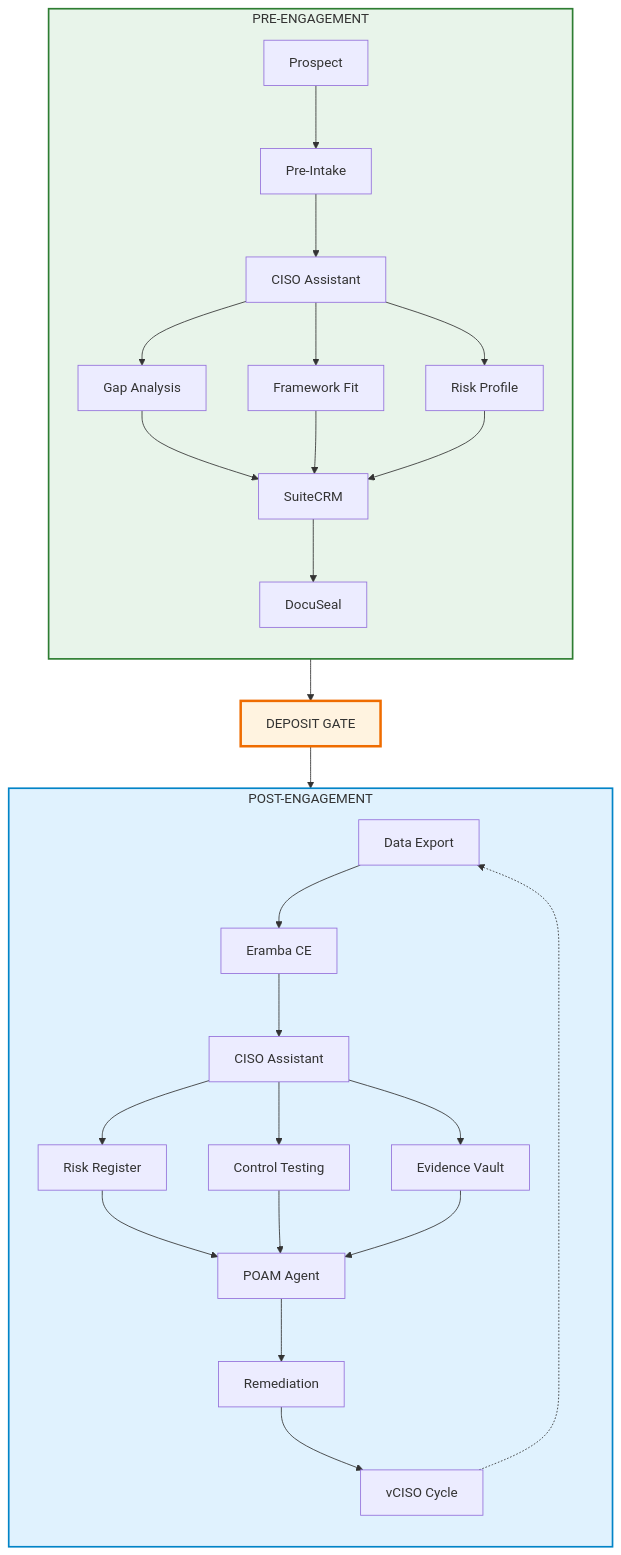
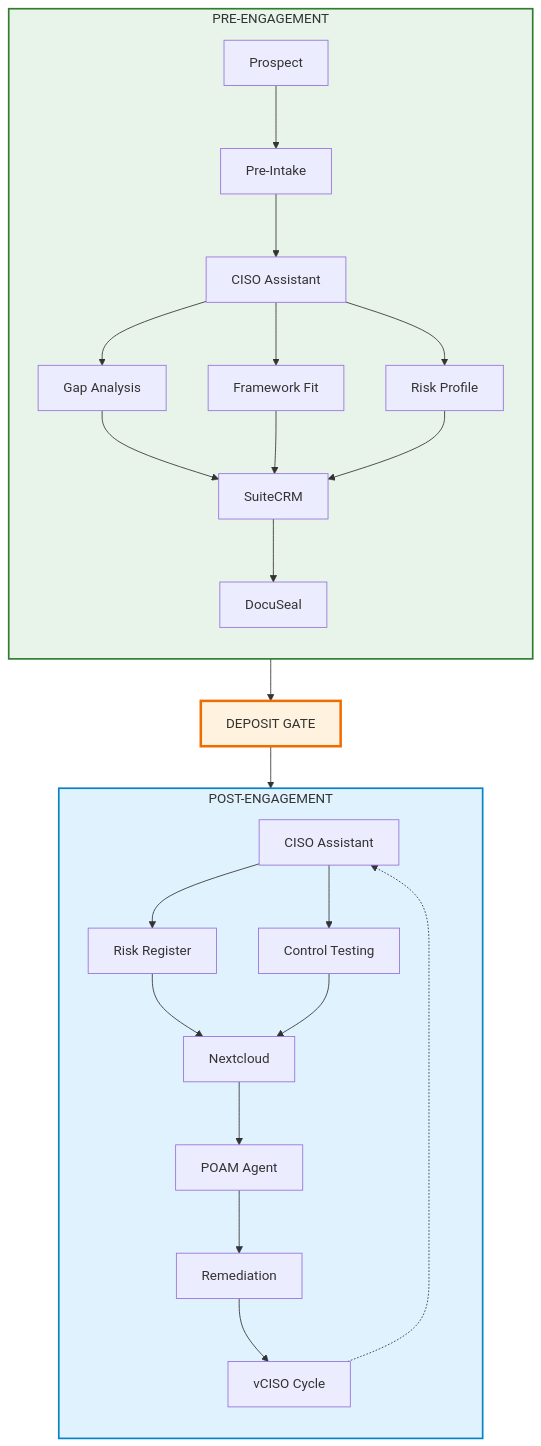
The first of 3 diagrams in docs/cybersecurity/giap.md (Pharns/portfolio), drawn with Mermaid before and after one commit. The commit also changed other lines of this file, not shown here.

First line of the commit message:
Consolidate GIAP to single-GRC architecture with CISO Assistant

````diff
--- a/docs/cybersecurity/giap.md
+++ b/docs/cybersecurity/giap.md
@@ -31,47 +31,45 @@
 ```mermaid
 flowchart TB
     subgraph PRE[PRE-ENGAGEMENT]
         direction TB
         P[Prospect]
         PIF[Pre-Intake]
-        CA1[CISO Assistant]
+        CA[CISO Assistant]
         QG[Gap Analysis]
         FS[Framework Fit]
         RP[Risk Profile]
         CRM[SuiteCRM]
         DS[DocuSeal]
 
-        P --> PIF --> CA1
-        CA1 --> QG & FS & RP
+        P --> PIF --> CA
+        CA --> QG & FS & RP
         QG & FS & RP --> CRM
         CRM --> DS
     end
 
     DG[DEPOSIT GATE]
 
     subgraph POST[POST-ENGAGEMENT]
         direction TB
-        EXP[Data Export]
-        ERA[Eramba CE]
         CA2[CISO Assistant]
         RM[Risk Register]
         CT[Control Testing]
-        EC[Evidence Vault]
+        NC[Nextcloud]
         POA[POAM Agent]
         REM[Remediation]
         VCISO[vCISO Cycle]
 
-        EXP --> ERA --> CA2
-        CA2 --> RM & CT & EC
-        RM & CT & EC --> POA
+        CA2 --> RM & CT
+        RM & CT --> NC
+        NC --> POA
         POA --> REM --> VCISO
     end
 
     DS --> DG
-    DG --> EXP
-    VCISO -.-> EXP
+    DG --> CA2
+    VCISO -.-> CA2
 
     style PRE fill:#e8f4ea,stroke:#2e7d32,stroke-width:2px
     style POST fill:#e0f2fe,stroke:#0284c7,stroke-width:2px
     style DG fill:#fff3e0,stroke:#ef6c00,stroke-width:3px
 ```
````
